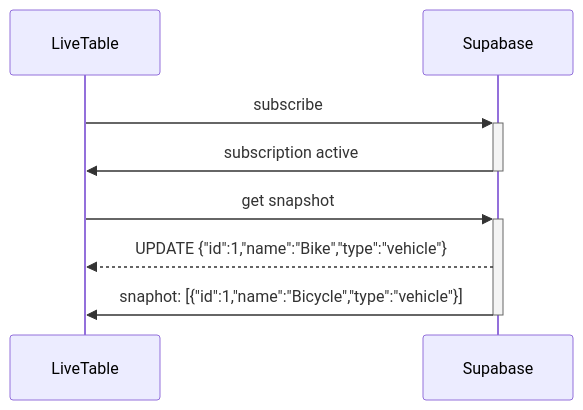
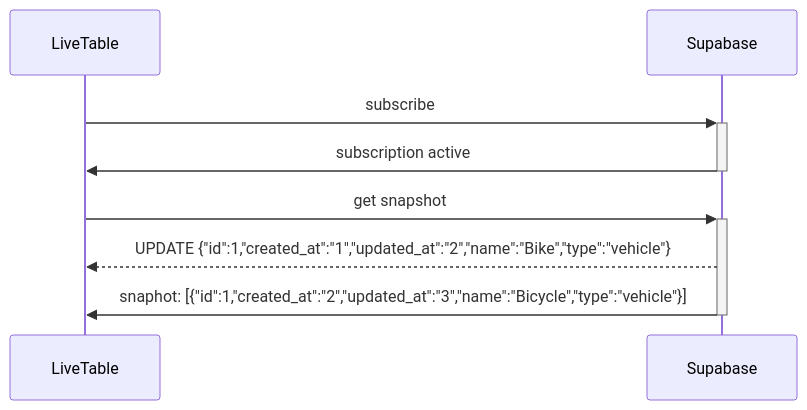
The diagram in docs/sequence-diagrams/skips-updates-that-predate-the-snapshot.md (openartmarket/supabase-live-table), drawn with Mermaid before and after one commit. The commit also changed other lines of this file and 5 other files, not shown here.

````diff
--- a/docs/sequence-diagrams/skips-updates-that-predate-the-snapshot.md
+++ b/docs/sequence-diagrams/skips-updates-that-predate-the-snapshot.md
@@ -3,8 +3,8 @@
 ```mermaid
 sequenceDiagram
   LiveTable->>+Supabase: subscribe
   Supabase->>-LiveTable: subscription active
   LiveTable->>+Supabase: get snapshot
-  Supabase-->>LiveTable: UPDATE {"id":1,"name":"Bike","type":"vehicle"}
-  Supabase->>-LiveTable: snaphot: [{"id":1,"name":"Bicycle","type":"vehicle"}]
+  Supabase-->>LiveTable: UPDATE {"id":1,"created_at":"1","updated_at":"2","name":"Bike","type":"vehicle"}
+  Supabase->>-LiveTable: snaphot: [{"id":1,"created_at":"2","updated_at":"3","name":"Bicycle","type":"vehicle"}]
 ```
````
